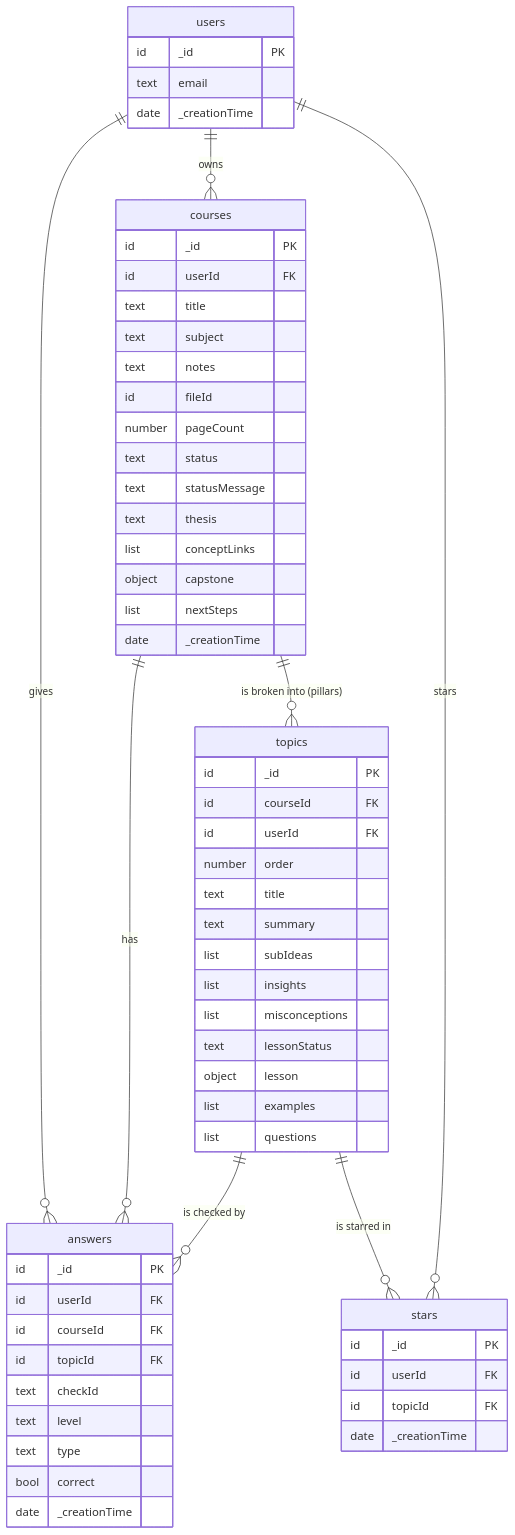
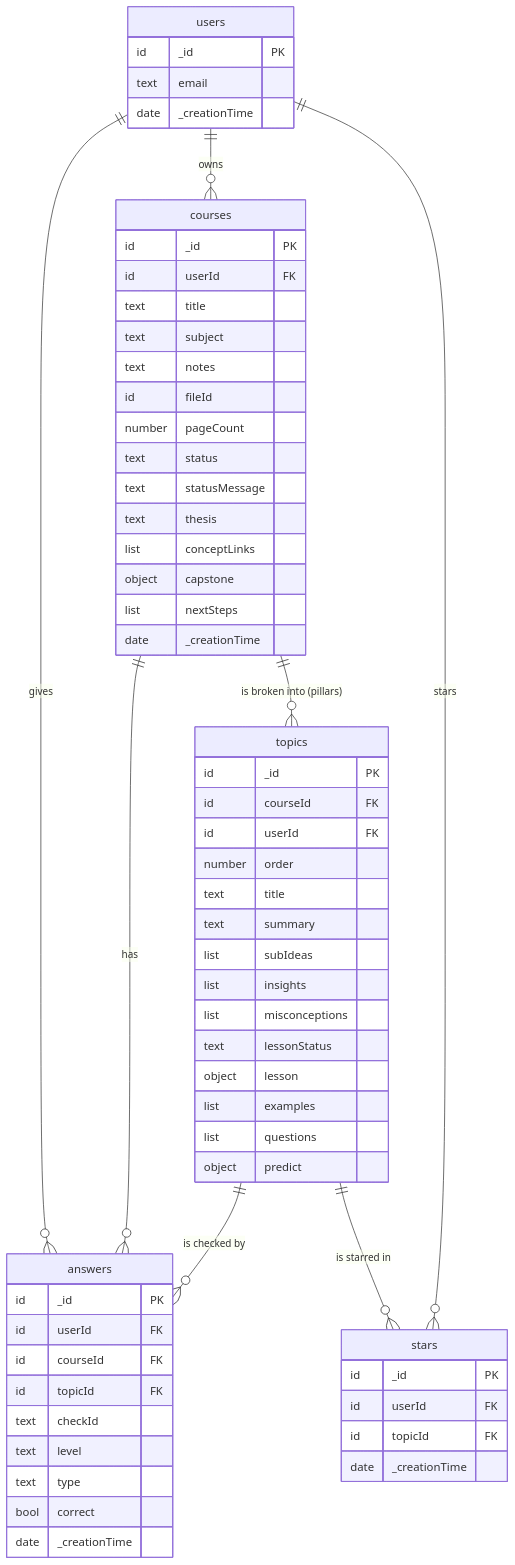
The diagram in schema.md (Hemanth2423/Learning-retention), drawn with Mermaid before and after one commit. The commit also changed other lines of this file and 13 other files, not shown here.

````diff
--- a/schema.md
+++ b/schema.md
@@ -7,54 +7,55 @@
 ```mermaid
 erDiagram
   users ||--o{ courses : "owns"
   courses ||--o{ topics : "is broken into (pillars)"
   topics ||--o{ answers : "is checked by"
   courses ||--o{ answers : "has"
   users ||--o{ answers : "gives"
   users ||--o{ stars : "stars"
   topics ||--o{ stars : "is starred in"
 
   users { id _id PK
     text email
     date _creationTime }
   courses { id _id PK
     id userId FK
     text title
     text subject
     text notes
     id fileId
     number pageCount
     text status
     text statusMessage
     text thesis
     list conceptLinks
     object capstone
     list nextSteps
     date _creationTime }
   topics { id _id PK
     id courseId FK
     id userId FK
     number order
     text title
     text summary
     list subIdeas
     list insights
     list misconceptions
     text lessonStatus
     object lesson
     list examples
-    list questions }
+    list questions
+    object predict }
   answers { id _id PK
     id userId FK
     id courseId FK
     id topicId FK
     text checkId
     text level
     text type
     bool correct
     date _creationTime }
   stars { id _id PK
     id userId FK
     id topicId FK
     date _creationTime }
 ```
````
